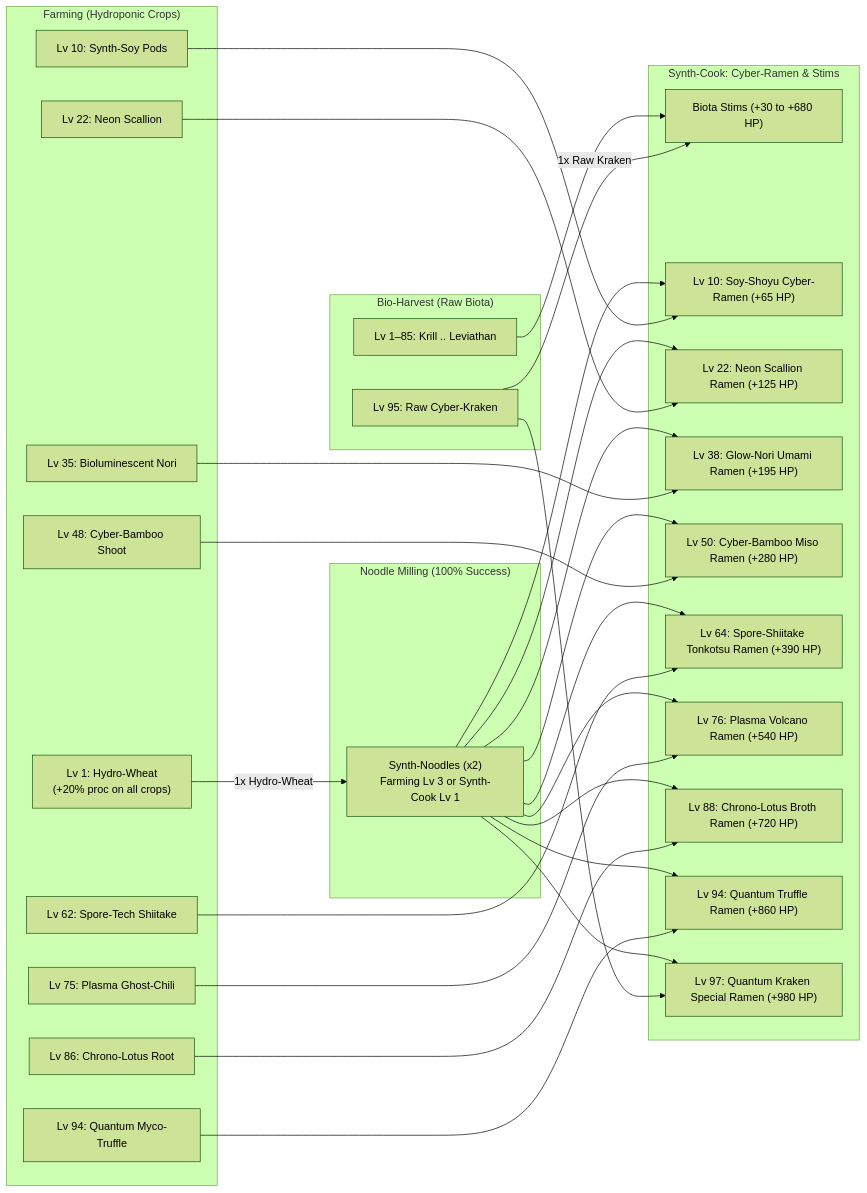
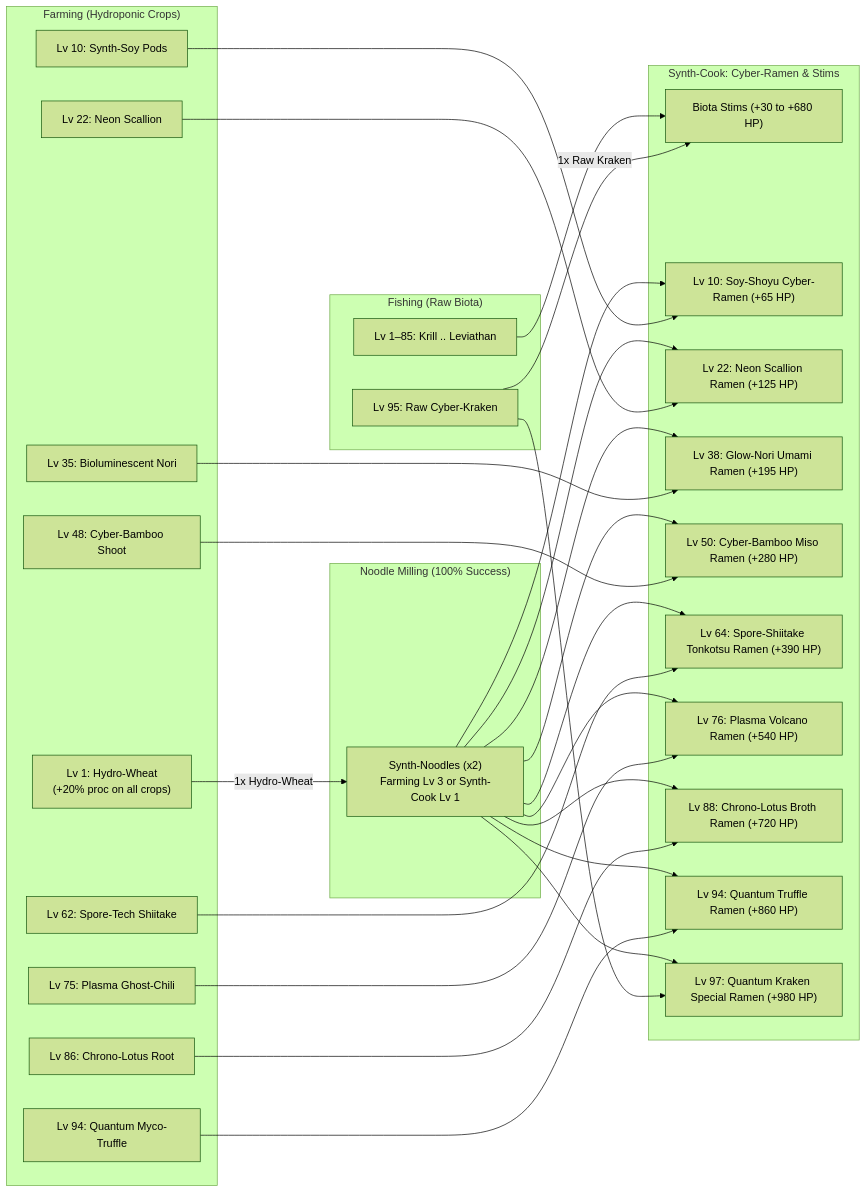
The fifth of 5 diagrams in docs/logistics.md (Mizux/routineverse), drawn with Mermaid (forest theme) before and after one commit. The commit also changed other lines of this file and 5 other files, not shown here.

Commit message:
rename BioHarvest as Fishing

````diff
--- a/docs/logistics.md
+++ b/docs/logistics.md
@@ -214,50 +214,50 @@
 ```mermaid
 flowchart LR
   subgraph Hydroponics["Farming (Hydroponic Crops)"]
     F_WH["Lv 1: Hydro-Wheat<br/>(+20% proc on all crops)"]
     F_SOY["Lv 10: Synth-Soy Pods"]
     F_SC["Lv 22: Neon Scallion"]
     F_NR["Lv 35: Bioluminescent Nori"]
     F_BM["Lv 48: Cyber-Bamboo Shoot"]
     F_SH["Lv 62: Spore-Tech Shiitake"]
     F_CH["Lv 75: Plasma Ghost-Chili"]
     F_LO["Lv 86: Chrono-Lotus Root"]
     F_TR["Lv 94: Quantum Myco-Truffle"]
   end
 
-  subgraph Aquaculture["Bio-Harvest (Raw Biota)"]
+  subgraph Aquaculture["Fishing (Raw Biota)"]
     B_ALL["Lv 1–85: Krill .. Leviathan"]
     B_KR["Lv 95: Raw Cyber-Kraken"]
   end
 
   subgraph NoodlePrep["Noodle Milling (100% Success)"]
     ND["Synth-Noodles (x2)<br/>Farming Lv 3 or Synth-Cook Lv 1"]
   end
 
   subgraph RamenCook["Synth-Cook: Cyber-Ramen & Stims"]
     STIM["Biota Stims (+30 to +680 HP)"]
     R1["Lv 10: Soy-Shoyu Cyber-Ramen (+65 HP)"]
     R2["Lv 22: Neon Scallion Ramen (+125 HP)"]
     R3["Lv 38: Glow-Nori Umami Ramen (+195 HP)"]
     R4["Lv 50: Cyber-Bamboo Miso Ramen (+280 HP)"]
     R5["Lv 64: Spore-Shiitake Tonkotsu Ramen (+390 HP)"]
     R6["Lv 76: Plasma Volcano Ramen (+540 HP)"]
     R7["Lv 88: Chrono-Lotus Broth Ramen (+720 HP)"]
     R8["Lv 94: Quantum Truffle Ramen (+860 HP)"]
     R9["Lv 97: Quantum Kraken Special Ramen (+980 HP)"]
   end
 
   F_WH -->|"1x Hydro-Wheat"| ND
   B_ALL --> STIM
   B_KR -->|"1x Raw Kraken"| STIM
 
   ND & F_SOY --> R1
   ND & F_SC --> R2
   ND & F_NR --> R3
   ND & F_BM --> R4
   ND & F_SH --> R5
   ND & F_CH --> R6
   ND & F_LO --> R7
   ND & F_TR --> R8
   ND & B_KR --> R9
 ```
````
